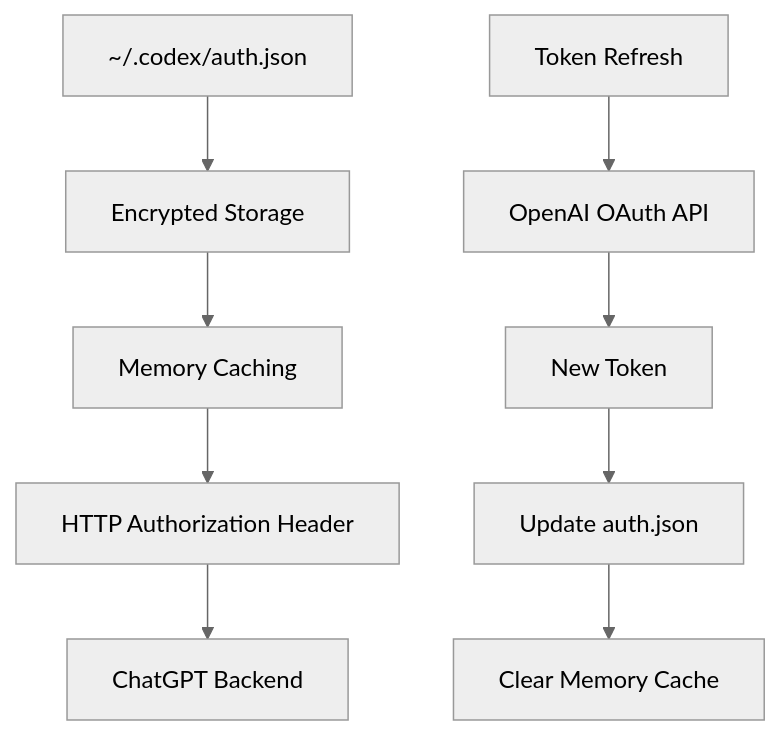
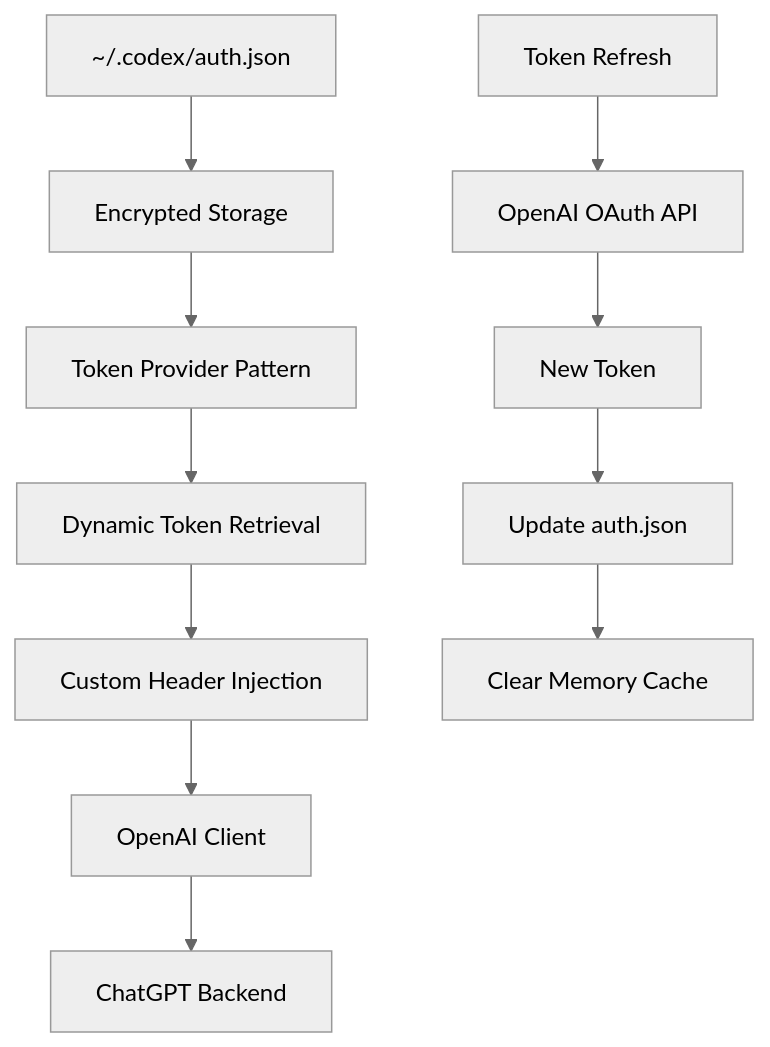
The tenth of 13 diagrams in docs/architecture.md (jslorrma/litellm-codex-oauth-provider), drawn with Mermaid (neutral theme) before and after one commit. The commit also changed other lines of this file and 3 other files, not shown here.

First line of the commit message:
docs: update documentation for OpenAI client architecture

````diff
--- a/docs/architecture.md
+++ b/docs/architecture.md
@@ -211,12 +295,14 @@
 ```mermaid
 graph TD
     A[~/.codex/auth.json] --> B[Encrypted Storage]
-    B --> C[Memory Caching]
-    C --> D[HTTP Authorization Header]
-    D --> E[ChatGPT Backend]
+    B --> C[Token Provider Pattern]
+    C --> D[Dynamic Token Retrieval]
+    D --> E[Custom Header Injection]
+    E --> F[OpenAI Client]
+    F --> G[ChatGPT Backend]
 
-    F[Token Refresh] --> G[OpenAI OAuth API]
-    G --> H[New Token]
-    H --> I[Update auth.json]
-    I --> J[Clear Memory Cache]
+    H[Token Refresh] --> I[OpenAI OAuth API]
+    I --> J[New Token]
+    J --> K[Update auth.json]
+    K --> L[Clear Memory Cache]
 ```
````
